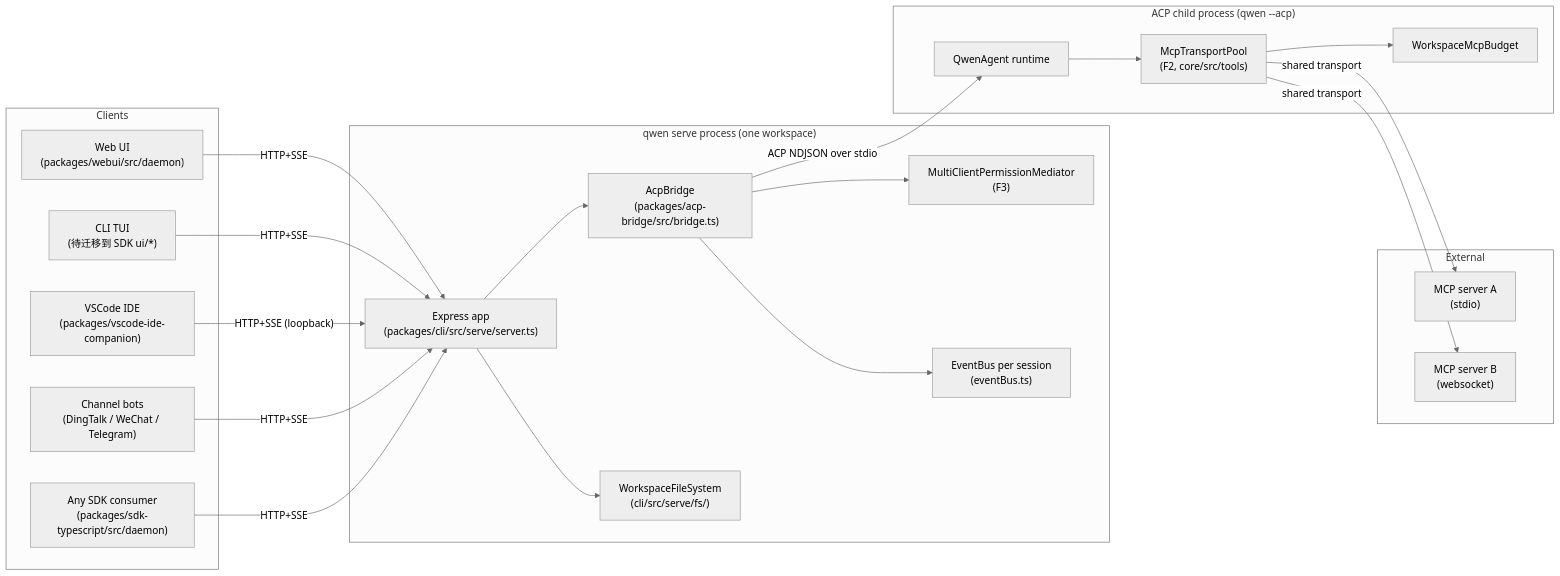
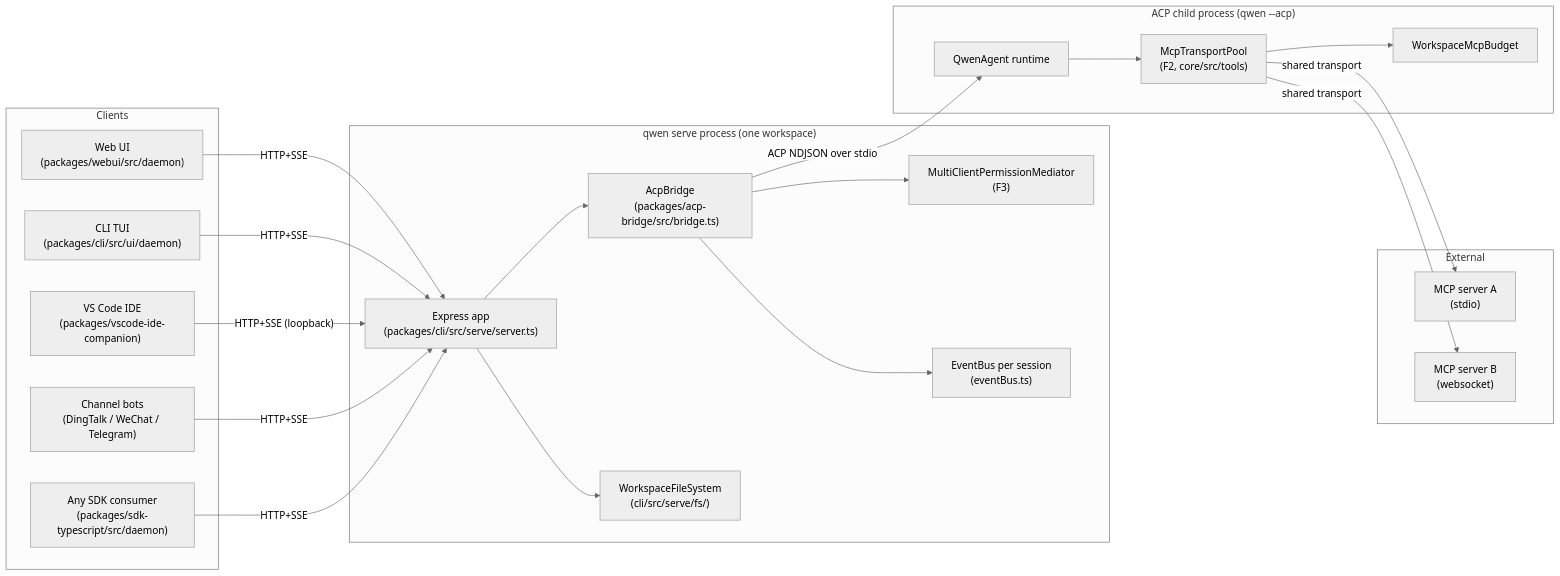
Before and after one commit to QwenLM/qwen-code: the first of 7 diagrams in docs/developers/daemon/01-architecture.md, drawn with Mermaid (neutral theme). The commit also changed other lines of this file and 25 other files, not shown here.

````diff
--- a/docs/developers/daemon/01-architecture.md
+++ b/docs/developers/daemon/01-architecture.md
@@ -13,46 +13,46 @@
 ```mermaid
 flowchart LR
     subgraph clients["Clients"]
         WUI["Web UI<br/>(packages/webui/src/daemon)"]
-        TUI["CLI TUI<br/>(待迁移到 SDK ui/*)"]
-        IDE["VSCode IDE<br/>(packages/vscode-ide-companion)"]
+        TUI["CLI TUI<br/>(packages/cli/src/ui/daemon)"]
+        IDE["VS Code IDE<br/>(packages/vscode-ide-companion)"]
         CH["Channel bots<br/>(DingTalk / WeChat / Telegram)"]
         SDK["Any SDK consumer<br/>(packages/sdk-typescript/src/daemon)"]
     end
 
     subgraph daemon["qwen serve process (one workspace)"]
         EXP["Express app<br/>(packages/cli/src/serve/server.ts)"]
         BR["AcpBridge<br/>(packages/acp-bridge/src/bridge.ts)"]
         MED["MultiClientPermissionMediator<br/>(F3)"]
         EB["EventBus per session<br/>(eventBus.ts)"]
         FS["WorkspaceFileSystem<br/>(cli/src/serve/fs/)"]
     end
 
     subgraph child["ACP child process (qwen --acp)"]
         AGT["QwenAgent runtime"]
         POOL["McpTransportPool<br/>(F2, core/src/tools)"]
         BDG["WorkspaceMcpBudget"]
     end
 
     subgraph external["External"]
         MCP1["MCP server A<br/>(stdio)"]
         MCP2["MCP server B<br/>(websocket)"]
     end
 
     WUI -- "HTTP+SSE" --> EXP
     TUI -- "HTTP+SSE" --> EXP
     IDE -- "HTTP+SSE (loopback)" --> EXP
     CH -- "HTTP+SSE" --> EXP
     SDK -- "HTTP+SSE" --> EXP
 
     EXP --> BR
     BR --> MED
     BR --> EB
     EXP --> FS
 
     BR -- "ACP NDJSON over stdio" --> AGT
     AGT --> POOL
     POOL --> BDG
     POOL -- "shared transport" --> MCP1
     POOL -- "shared transport" --> MCP2
 ```
````
